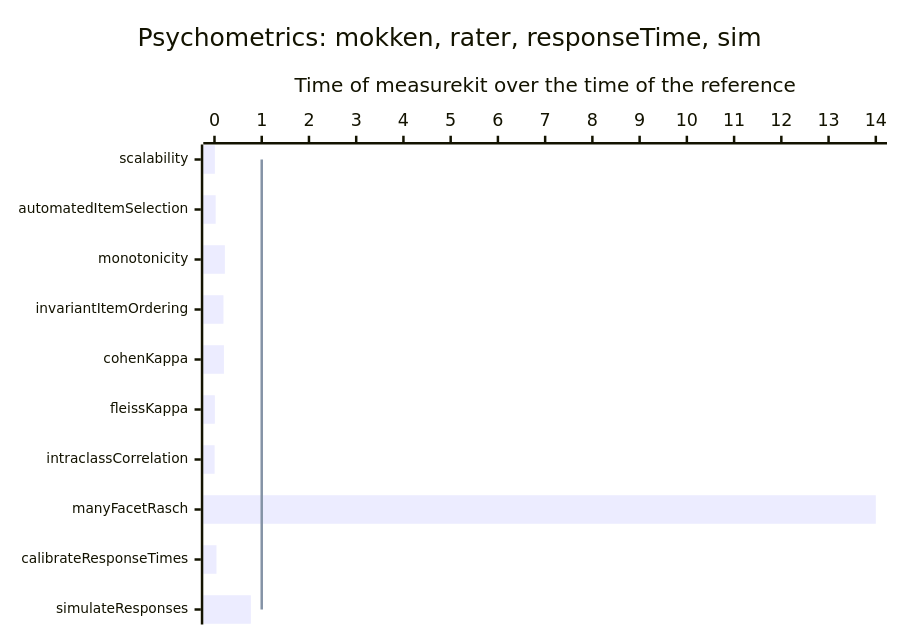
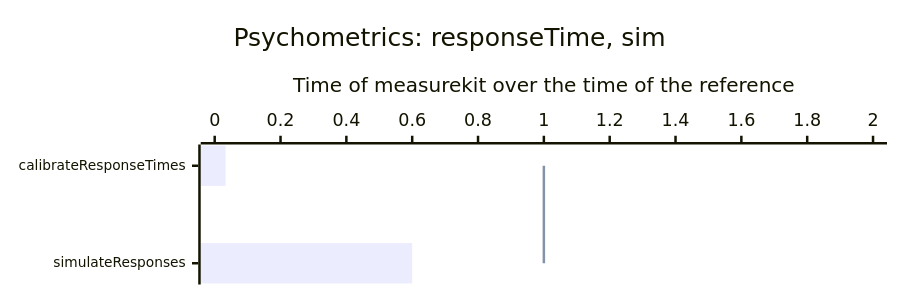
Before and after one commit to measurekit/measurekit: the eighth of 11 diagrams in docs/performance.md, drawn with Mermaid. The commit also changed other lines of this file and 15 other files, not shown here.

````diff
--- a/docs/performance.md
+++ b/docs/performance.md
@@ -83,9 +83,9 @@
 ```mermaid
-%%{init: {"xyChart": {"height": 490, "xAxis": {"labelFontSize": 11}}}}%%
+%%{init: {"xyChart": {"height": 218, "xAxis": {"labelFontSize": 11}}}}%%
 xychart-beta horizontal
-  title "Psychometrics: mokken, rater, responseTime, sim"
-  x-axis ["scalability", "automatedItemSelection", "monotonicity", "invariantItemOrdering", "cohenKappa", "fleissKappa", "intraclassCorrelation", "manyFacetRasch", "calibrateResponseTimes", "simulateResponses"]
-  y-axis "Time of measurekit over the time of the reference" 0 --> 14
-  bar [0.0081, 0.025, 0.22, 0.19, 0.2, 0.008, 0.0029, 14, 0.042, 0.77]
-  line [1, 1, 1, 1, 1, 1, 1, 1, 1, 1]
+  title "Psychometrics: responseTime, sim"
+  x-axis ["calibrateResponseTimes", "simulateResponses"]
+  y-axis "Time of measurekit over the time of the reference" 0 --> 2
+  bar [0.033, 0.6]
+  line [1, 1]
 ```
````
